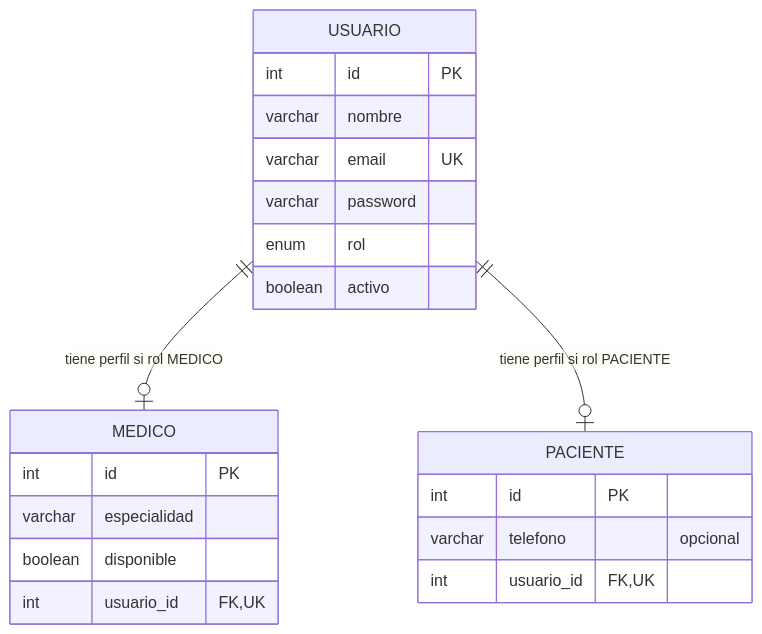
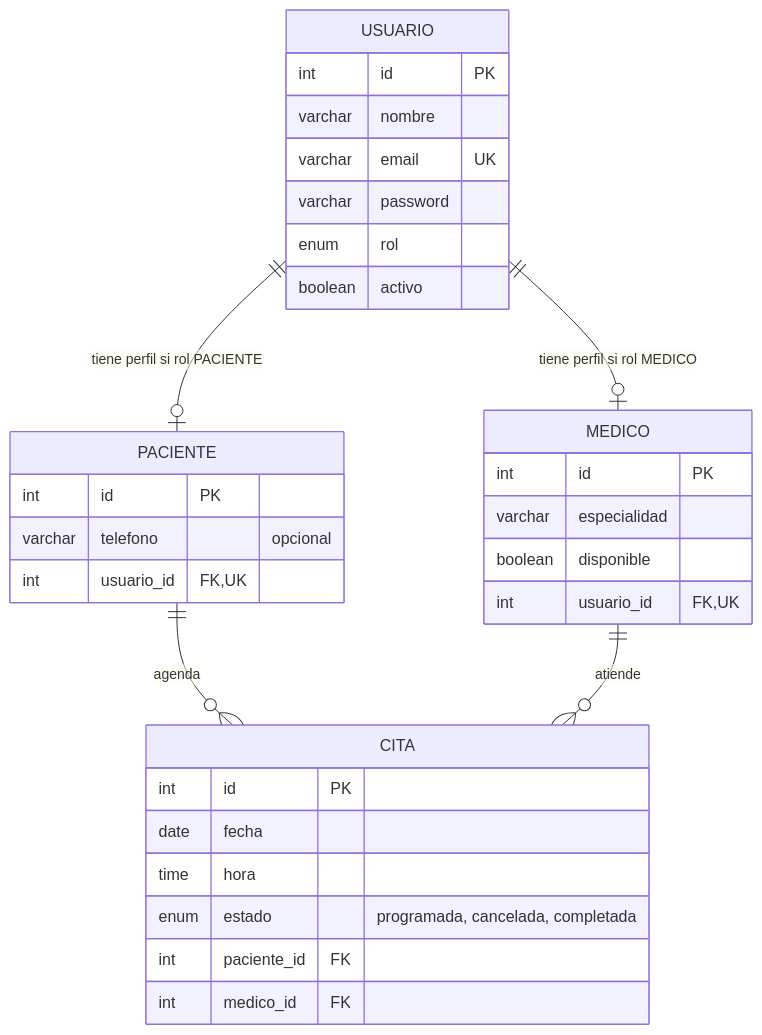
Before and after one commit to Marlon1054xD/Backend_2do_Caso: the diagram in docs/modelo-er.md, drawn with Mermaid. The commit also changed other lines of this file and 14 other files, not shown here.

````diff
--- a/docs/modelo-er.md
+++ b/docs/modelo-er.md
@@ -3,27 +3,38 @@
 ```mermaid
 erDiagram
     USUARIO ||--o| MEDICO : "tiene perfil si rol MEDICO"
     USUARIO ||--o| PACIENTE : "tiene perfil si rol PACIENTE"
+    PACIENTE ||--o{ CITA : agenda
+    MEDICO ||--o{ CITA : atiende
 
     USUARIO {
         int id PK
         varchar nombre
         varchar email UK
         varchar password
         enum rol
         boolean activo
     }
 
     MEDICO {
         int id PK
         varchar especialidad
         boolean disponible
         int usuario_id FK,UK
     }
 
     PACIENTE {
         int id PK
         varchar telefono "opcional"
         int usuario_id FK,UK
     }
+
+    CITA {
+        int id PK
+        date fecha
+        time hora
+        enum estado "programada, cancelada, completada"
+        int paciente_id FK
+        int medico_id FK
+    }
 ```
````
